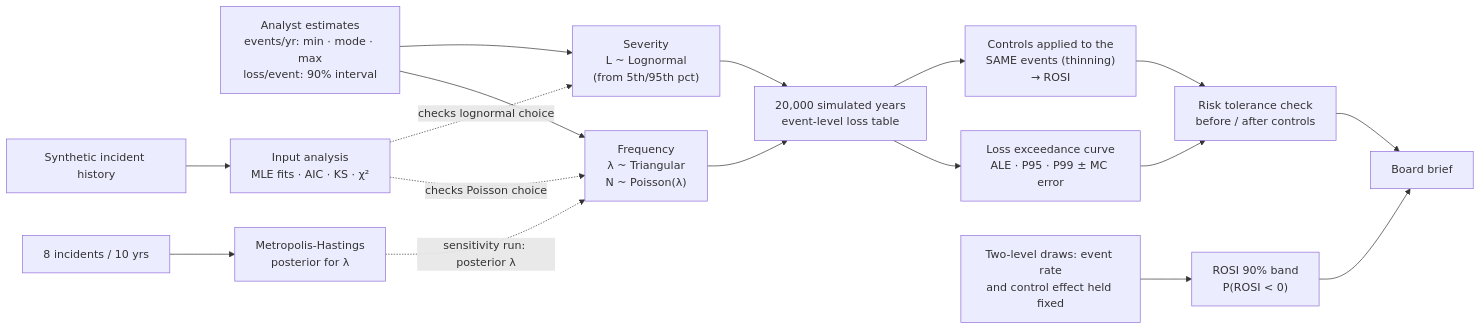
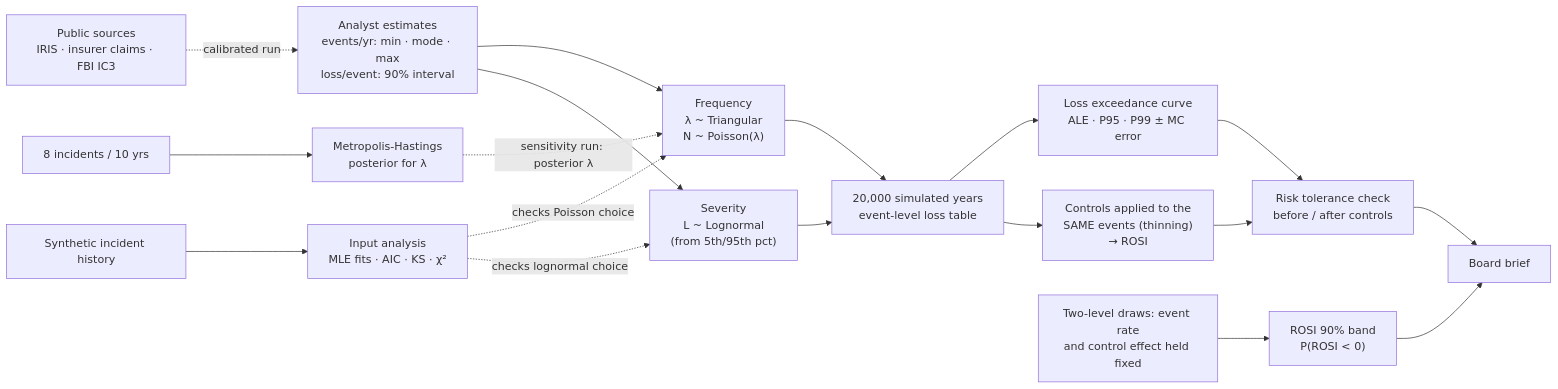
One commit to casildata/cyber-risk-monte-carlo changed the diagram in README.md. Above: the diagram before and after it, drawn with Mermaid. The commit also changed other lines of this file and 15 other files, not shown here.

First line of the commit message:
Add inputs calibrated against public sources, side by side

````diff
--- a/README.md
+++ b/README.md
@@ -41,19 +42,20 @@
 ```mermaid
 flowchart LR
     A["Analyst estimates<br/>events/yr: min · mode · max<br/>loss/event: 90% interval"] --> B["Frequency<br/>λ ~ Triangular<br/>N ~ Poisson(λ)"]
     A --> C["Severity<br/>L ~ Lognormal<br/>(from 5th/95th pct)"]
     B --> D["20,000 simulated years<br/>event-level loss table"]
     C --> D
     D --> E["Loss exceedance curve<br/>ALE · P95 · P99 ± MC error"]
     D --> G["Controls applied to the<br/>SAME events (thinning)<br/>→ ROSI"]
     U["Two-level draws: event rate<br/>and control effect held fixed"] --> R["ROSI 90% band<br/>P(ROSI < 0)"]
     E --> T["Risk tolerance check<br/>before / after controls"]
     G --> T
     T --> BB["Board brief"]
     R --> BB
     H["Synthetic incident history"] --> F["Input analysis<br/>MLE fits · AIC · KS · χ²"]
     F -.->|checks Poisson choice| B
     F -.->|checks lognormal choice| C
     P["8 incidents / 10 yrs"] --> M["Metropolis-Hastings<br/>posterior for λ"]
     M -.->|sensitivity run: posterior λ| B
+    S["Public sources<br/>IRIS · insurer claims · FBI IC3"] -.->|calibrated run| A
 ```
````
